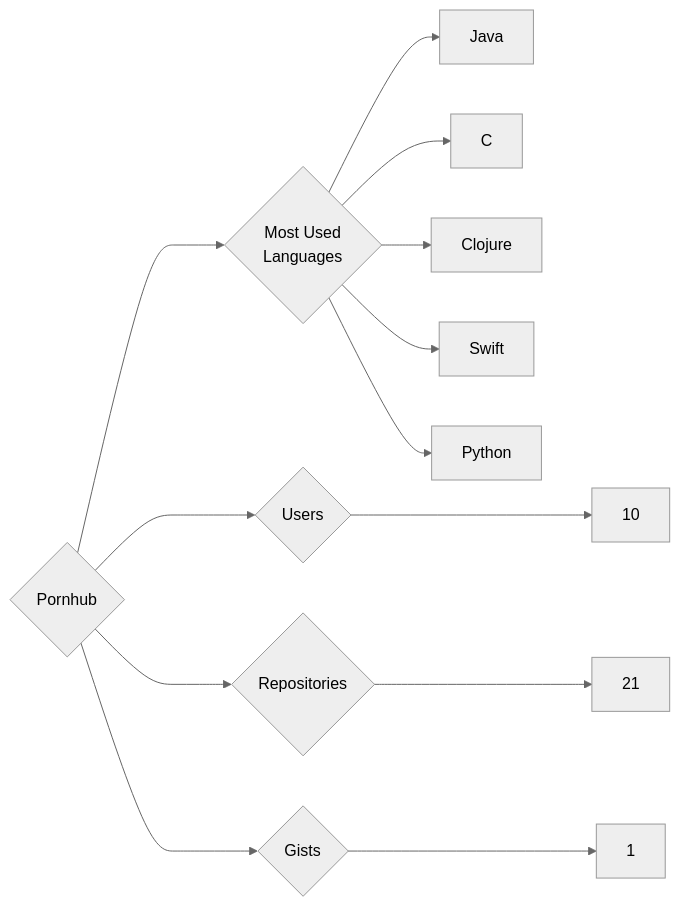
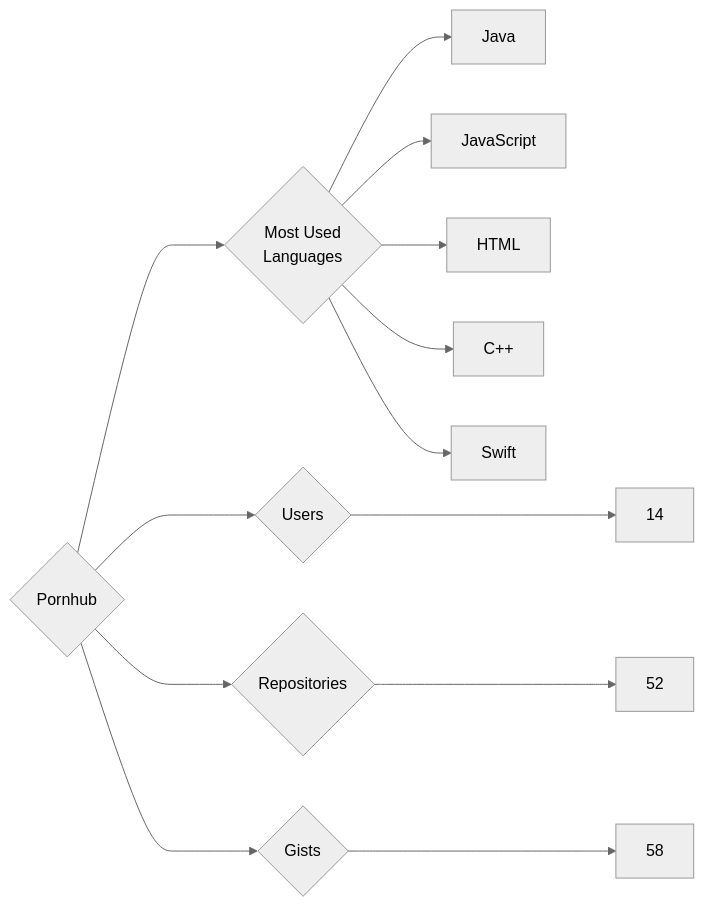
One commit to trickest/insiders changed the diagram in targets/Pornhub/README.md. Above: the diagram before and after it, drawn with Mermaid (neutral theme). The commit also changed 870 other files, not shown here.

````diff
--- a/targets/Pornhub/README.md
+++ b/targets/Pornhub/README.md
@@ -3,13 +3,13 @@
 ```mermaid
 graph LR
 COMPANY_NAME{Pornhub}
-COMPANY_NAME ---> U{Users} ---> UN[10]
-COMPANY_NAME ---> R{Repositories} ---> RN[21]
-COMPANY_NAME ---> G{Gists} ---> GN[1]
+COMPANY_NAME ---> U{Users} ---> UN[14]
+COMPANY_NAME ---> R{Repositories} ---> RN[52]
+COMPANY_NAME ---> G{Gists} ---> GN[58]
 COMPANY_NAME ---> ML{Most Used<br>Languages}
 ML --> Java[Java]
-ML --> C[C]
-ML --> Clojure[Clojure]
+ML --> JavaScript[JavaScript]
+ML --> HTML[HTML]
+ML --> C++[C++]
 ML --> Swift[Swift]
-ML --> Python[Python]
 ```
````
